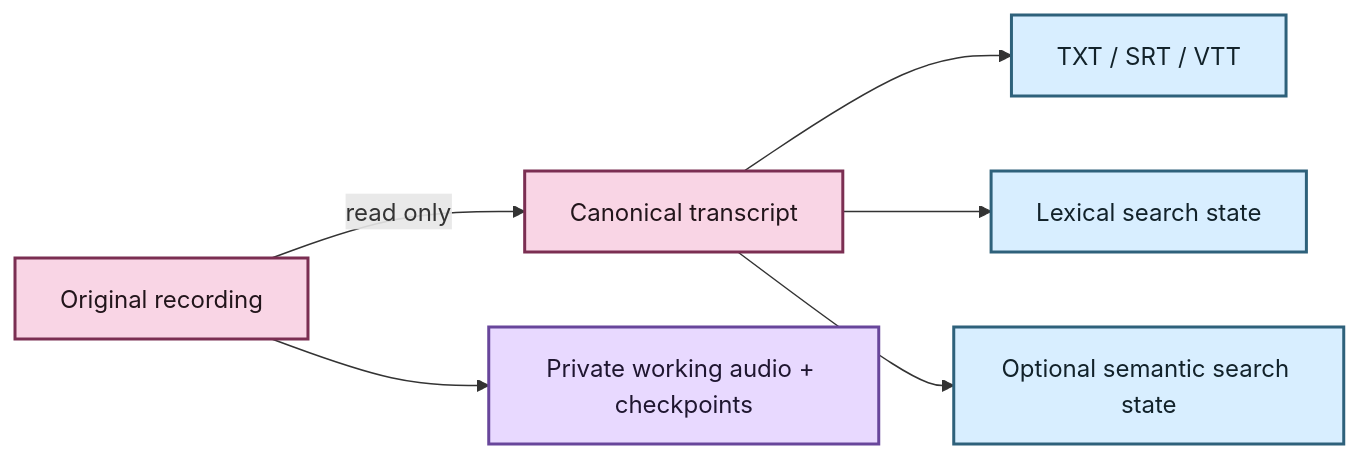
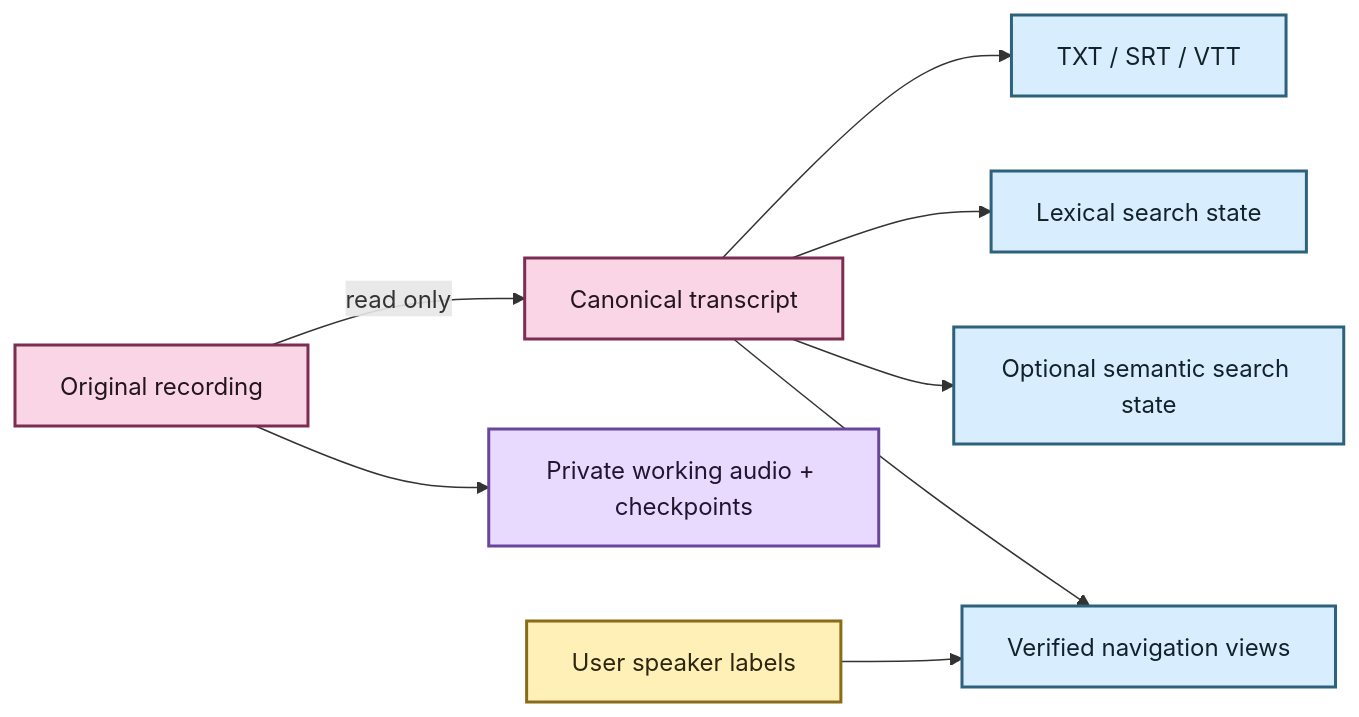
The second of 2 diagrams in docs/getting-started.md (SSD1805/EchoFlow), drawn with Mermaid before and after one commit. The commit also changed other lines of this file, not shown here.

Commit message:
Refresh getting started for speaker and evidence navigation

````diff
--- a/docs/getting-started.md
+++ b/docs/getting-started.md
@@ -260,16 +287,20 @@
 ```mermaid
 flowchart LR
     A[Original recording] -->|read only| B[Canonical transcript]
     B --> C[TXT / SRT / VTT]
     B --> D[Lexical search state]
     B --> E[Optional semantic search state]
+    B --> N[Verified navigation views]
     A --> F[Private working audio + checkpoints]
+    U[User speaker labels] --> N
 
     classDef evidence fill:#F9D5E5,stroke:#7B2E52,stroke-width:2px,color:#22151B
     classDef derived fill:#D8EEFF,stroke:#2E617B,stroke-width:2px,color:#12222A
     classDef work fill:#E8D9FF,stroke:#68469B,stroke-width:2px,color:#1F1630
+    classDef user fill:#FFF0B8,stroke:#8A6B18,stroke-width:2px,color:#2C260F
 
     class A,B evidence
-    class C,D,E derived
+    class C,D,E,N derived
     class F work
+    class U user
 ```
````
